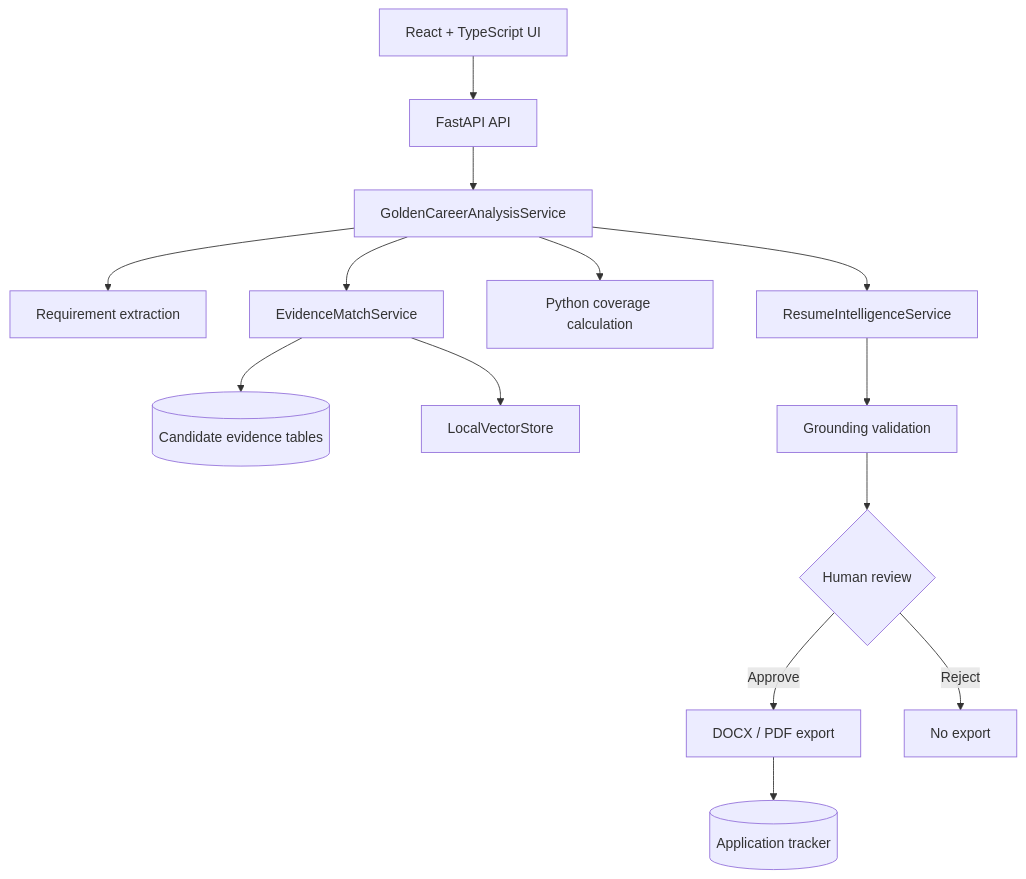
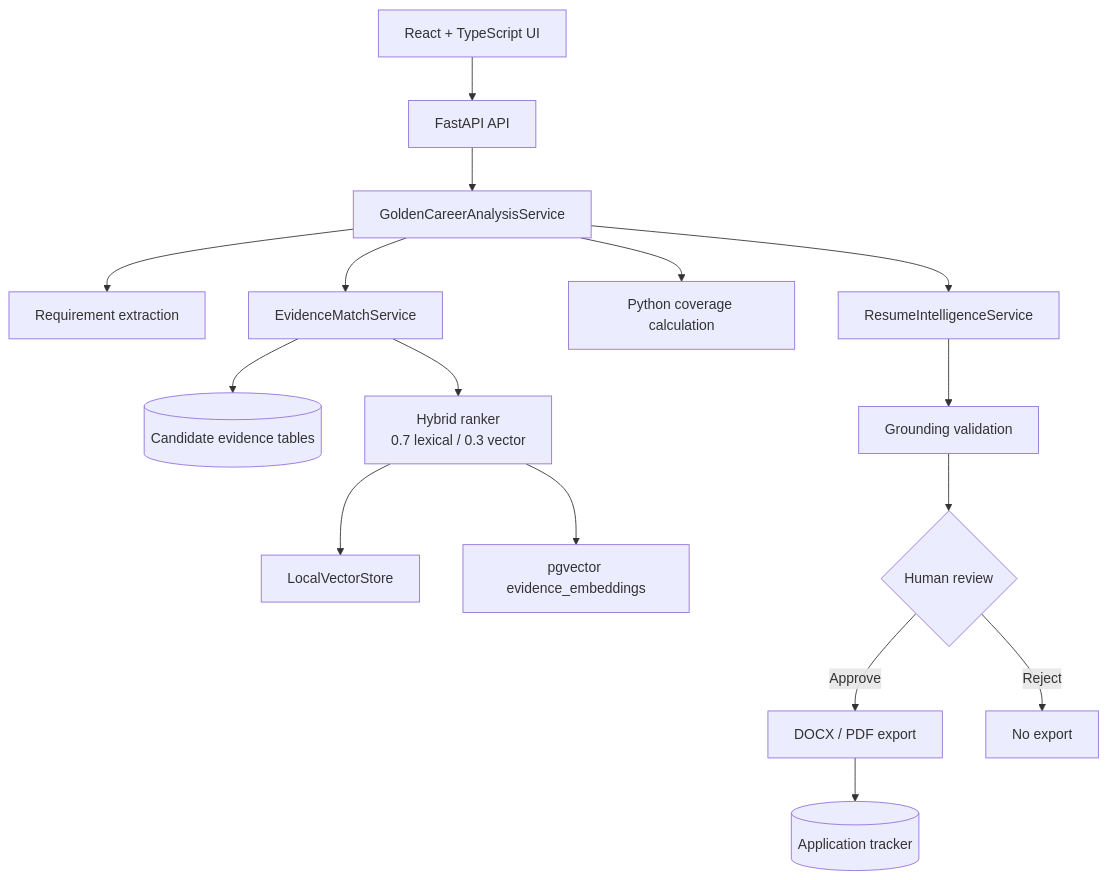
Before and after one commit to 7-ARK/careerOS: the diagram in README.md, drawn with Mermaid. The commit also changed other lines of this file and 7 other files, not shown here.

````diff
--- a/README.md
+++ b/README.md
@@ -63,16 +63,18 @@
 ```mermaid
 flowchart TD
     UI["React + TypeScript UI"] --> API["FastAPI API"]
     API --> ORCH["GoldenCareerAnalysisService"]
     ORCH --> REQ["Requirement extraction"]
     ORCH --> RET["EvidenceMatchService"]
     RET --> KB[("Candidate evidence tables")]
-    RET --> VECTOR["LocalVectorStore"]
+    RET --> RANK["Hybrid ranker\n0.7 lexical / 0.3 vector"]
+    RANK --> LOCAL["LocalVectorStore"]
+    RANK --> PG["pgvector evidence_embeddings"]
     ORCH --> SCORE["Python coverage calculation"]
     ORCH --> DRAFT["ResumeIntelligenceService"]
     DRAFT --> GROUND["Grounding validation"]
     GROUND --> REVIEW{"Human review"}
     REVIEW -->|Approve| DOCS["DOCX / PDF export"]
     REVIEW -->|Reject| STOP["No export"]
     DOCS --> TRACK[("Application tracker")]
 ```
````
